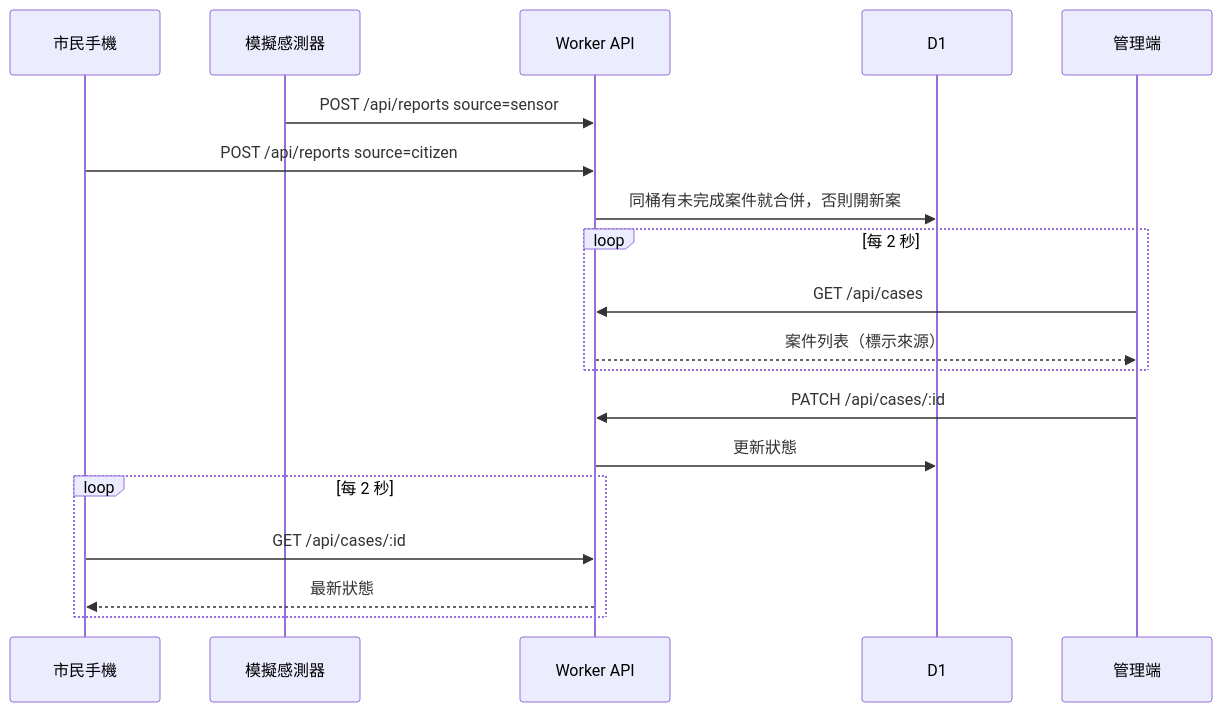
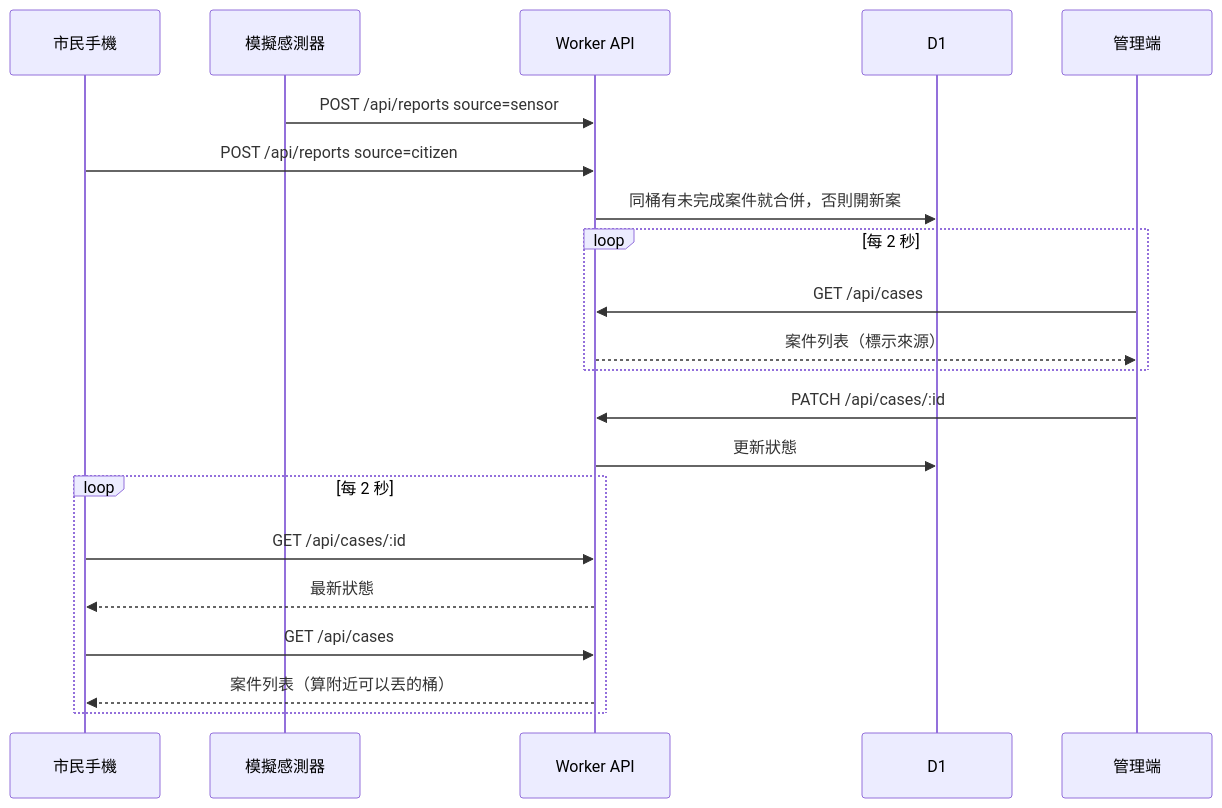
Before and after one commit to audrey5959/hackathon-puma: the second of 2 diagrams in ARCHITECTURE.md, drawn with Mermaid. The commit also changed other lines of this file and 1 other file, not shown here.

First line of the commit message:
docs: 補齊前端路由、API 表與處理完畢通知的說明

````diff
--- a/ARCHITECTURE.md
+++ b/ARCHITECTURE.md
@@ -69,22 +69,24 @@
 ```mermaid
 sequenceDiagram
     participant C as 市民手機
     participant S as 模擬感測器
     participant W as Worker API
     participant D as D1
     participant A as 管理端
 
     S->>W: POST /api/reports source=sensor
     C->>W: POST /api/reports source=citizen
     W->>D: 同桶有未完成案件就合併，否則開新案
     loop 每 2 秒
         A->>W: GET /api/cases
         W-->>A: 案件列表（標示來源）
     end
     A->>W: PATCH /api/cases/:id
     W->>D: 更新狀態
     loop 每 2 秒
         C->>W: GET /api/cases/:id
         W-->>C: 最新狀態
+        C->>W: GET /api/cases
+        W-->>C: 案件列表（算附近可以丟的桶）
     end
 ```
````
